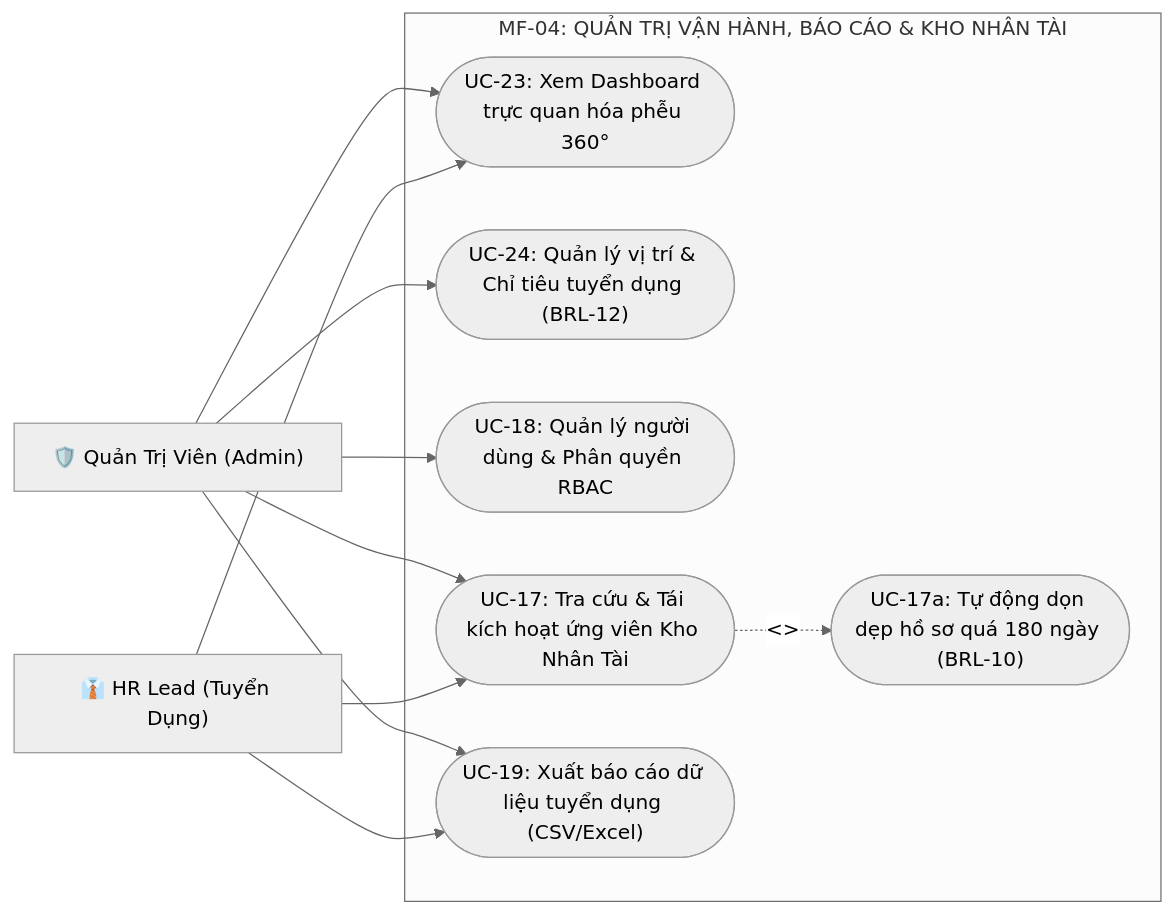
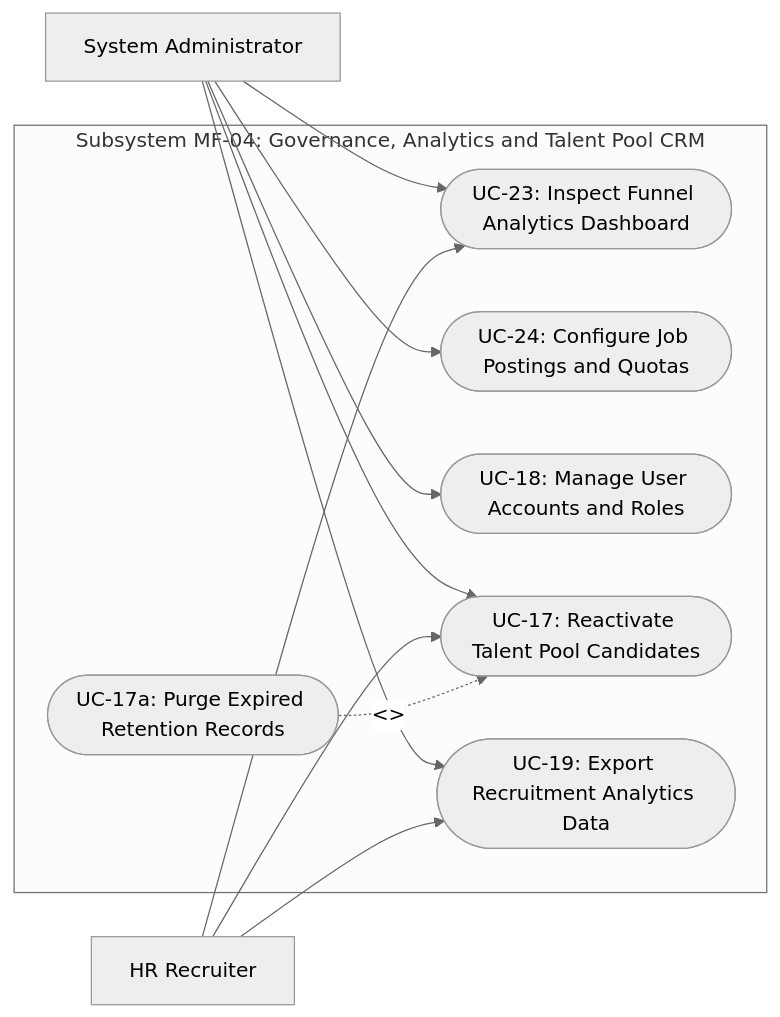
One commit to TheBigMouse-Fstack/ats-applicant_tracking_system changed the tenth of 10 diagrams in docs/diagrams/03_usecase_diagram.md. Above: the diagram before and after it, drawn with Mermaid (neutral theme). The commit also changed other lines of this file and 6 other files, not shown here.

Commit message:
docs(diagrams): convert all use case diagrams and specs to english, remove icons, and align strictly with UML 2.5 standards

````diff
--- a/docs/diagrams/03_usecase_diagram.md
+++ b/docs/diagrams/03_usecase_diagram.md
@@ -543,26 +553,26 @@
 ```mermaid
 flowchart LR
-    Admin["🛡️ Quản Trị Viên (Admin)"]
-    Recruiter["👔 HR Lead (Tuyển Dụng)"]
+    Admin["System Administrator"]
+    Recruiter["HR Recruiter"]
 
-    subgraph MF04["MF-04: QUẢN TRỊ VẬN HÀNH, BÁO CÁO & KHO NHÂN TÀI"]
-        UC23(["UC-23: Xem Dashboard trực quan hóa phễu 360°"])
-        UC24(["UC-24: Quản lý vị trí & Chỉ tiêu tuyển dụng (BRL-12)"])
-        UC18(["UC-18: Quản lý người dùng & Phân quyền RBAC"])
-        UC17(["UC-17: Tra cứu & Tái kích hoạt ứng viên Kho Nhân Tài"])
-        UC17a(["UC-17a: Tự động dọn dẹp hồ sơ quá 180 ngày (BRL-10)"])
-        UC19(["UC-19: Xuất báo cáo dữ liệu tuyển dụng (CSV/Excel)"])
+    subgraph MF04["Subsystem MF-04: Governance, Analytics and Talent Pool CRM"]
+        UC23(["UC-23: Inspect Funnel Analytics Dashboard"])
+        UC24(["UC-24: Configure Job Postings and Quotas"])
+        UC18(["UC-18: Manage User Accounts and Roles"])
+        UC17(["UC-17: Reactivate Talent Pool Candidates"])
+        UC17a(["UC-17a: Purge Expired Retention Records"])
+        UC19(["UC-19: Export Recruitment Analytics Data"])
     end
 
     Admin --> UC23
     Admin --> UC24
     Admin --> UC18
     Admin --> UC17
     Admin --> UC19
 
     Recruiter --> UC23
     Recruiter --> UC17
     Recruiter --> UC19
 
-    UC17 -. "<<extend>>" .-> UC17a
+    UC17a -. "<<extend>>" .-> UC17
 ```
````
